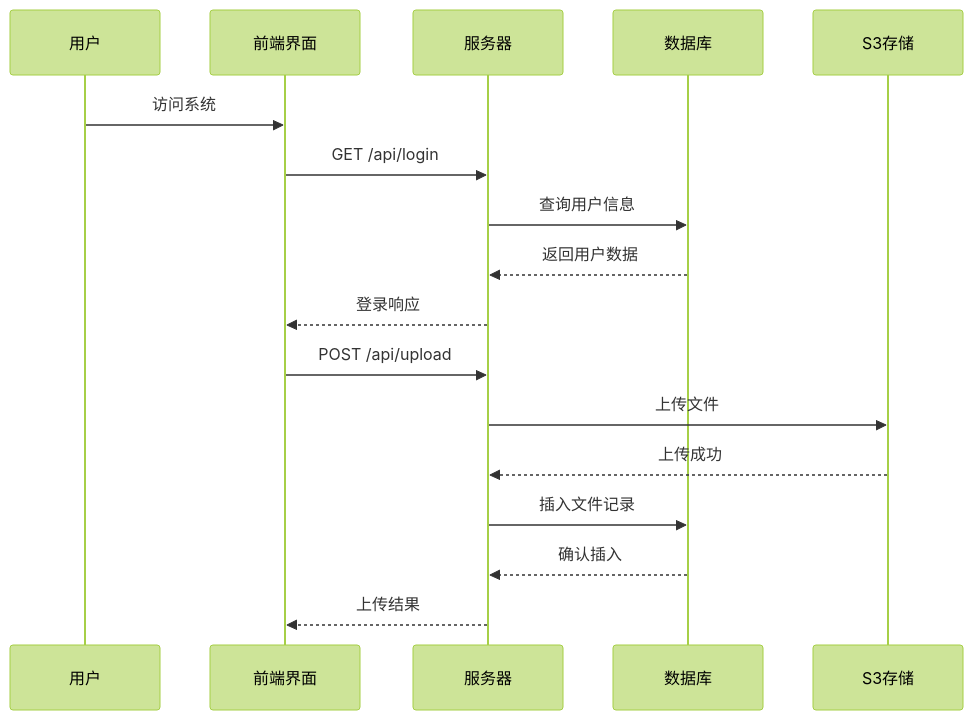
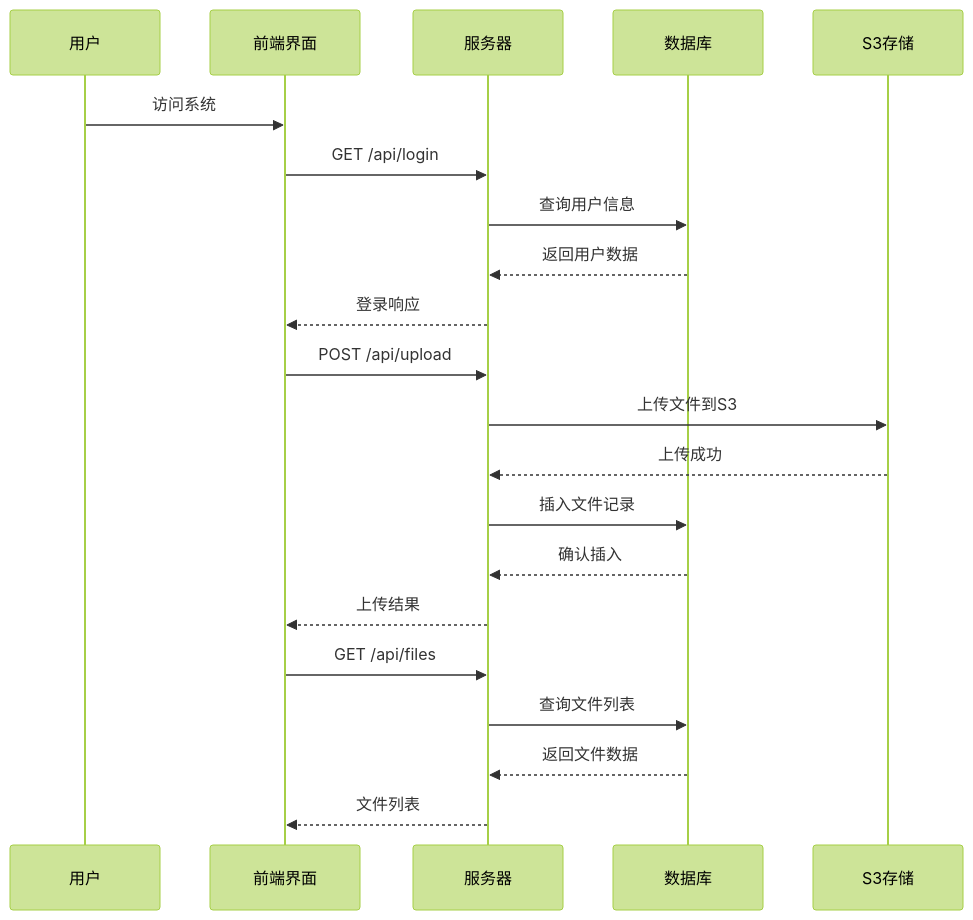
The third of 8 diagrams in .qoder/repowiki/zh/content/前端界面系统.md (lane6008/fileTest), drawn with Mermaid (forest theme) before and after one commit. The commit also changed other lines of this file and 7 other files, not shown here.

````diff
--- a/.qoder/repowiki/zh/content/前端界面系统.md
+++ b/.qoder/repowiki/zh/content/前端界面系统.md
@@ -174,19 +175,23 @@
 ```mermaid
 sequenceDiagram
 participant U as 用户
 participant F as 前端界面
 participant S as 服务器
 participant D as 数据库
 participant S3 as S3存储
 U->>F : 访问系统
 F->>S : GET /api/login
 S->>D : 查询用户信息
 D-->>S : 返回用户数据
 S-->>F : 登录响应
 F->>S : POST /api/upload
-S->>S3 : 上传文件
+S->>S3 : 上传文件到S3
 S3-->>S : 上传成功
 S->>D : 插入文件记录
 D-->>S : 确认插入
 S-->>F : 上传结果
+F->>S : GET /api/files
+S->>D : 查询文件列表
+D-->>S : 返回文件数据
+S-->>F : 文件列表
 ```
````
